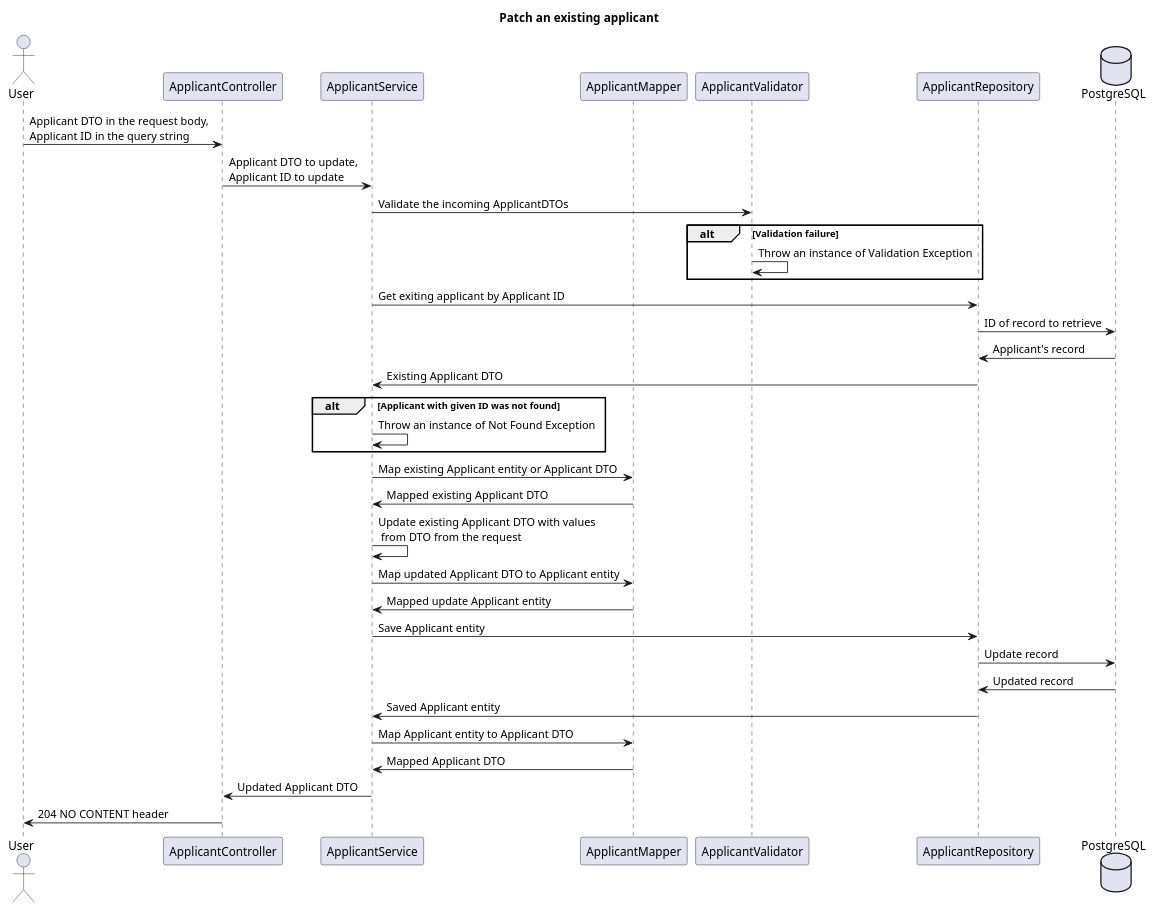
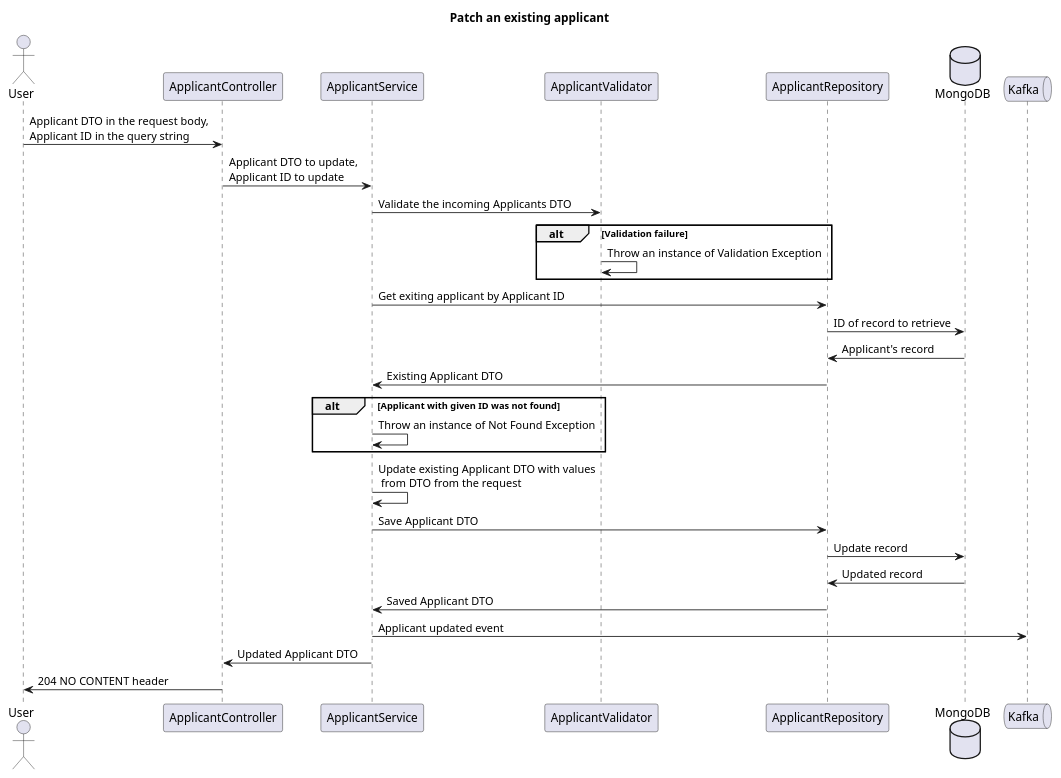
One commit to Aleksandr-Barmin/misc-diagrams changed the diagram in Customer Service/As to be/New REST endpoints/06. applicants patch existing.puml. Above: the diagram before and after it, drawn with PlantUML. The commit also changed 7 other files, not shown here.

```diff
--- a/Customer Service/As to be/New REST endpoints/06. applicants patch existing.puml
+++ b/Customer Service/As to be/New REST endpoints/06. applicants patch existing.puml
@@ -1,47 +1,40 @@
 @startuml Patch an existing applicant
     title Patch an existing applicant
 
     actor User as user
     participant ApplicantController as applicantController
     participant ApplicantService as applicantService
-    participant ApplicantMapper as applicantMapper
     participant ApplicantValidator as applicantValidator
     participant ApplicantRepository as applicantRepository
-    database PostgreSQL as db
+    database MongoDB as db
+    queue Kafka as kafka
 
     user -> applicantController: Applicant DTO in the request body,\nApplicant ID in the query string
         applicantController -> applicantService: Applicant DTO to update,\nApplicant ID to update
 
-            applicantService -> applicantValidator: Validate the incoming ApplicantDTOs
+            applicantService -> applicantValidator: Validate the incoming Applicants DTO
             alt Validation failure
                 applicantValidator -> applicantValidator: Throw an instance of Validation Exception
             end
 
             applicantService -> applicantRepository: Get exiting applicant by Applicant ID
                 applicantRepository -> db: ID of record to retrieve
                 db -> applicantRepository: Applicant's record            
             applicantRepository -> applicantService: Existing Applicant DTO
             
             alt Applicant with given ID was not found
                 applicantService -> applicantService: Throw an instance of Not Found Exception
             end 
 
-            applicantService -> applicantMapper: Map existing Applicant entity or Applicant DTO
-            applicantMapper -> applicantService: Mapped existing Applicant DTO
-
             applicantService -> applicantService: Update existing Applicant DTO with values\n from DTO from the request
 
-            applicantService -> applicantMapper: Map updated Applicant DTO to Applicant entity
-            applicantMapper -> applicantService: Mapped update Applicant entity
-
-            applicantService -> applicantRepository: Save Applicant entity
+            applicantService -> applicantRepository: Save Applicant DTO
                 applicantRepository -> db: Update record
                 db -> applicantRepository: Updated record
-            applicantRepository -> applicantService: Saved Applicant entity
+            applicantRepository -> applicantService: Saved Applicant DTO
 
-            applicantService -> applicantMapper: Map Applicant entity to Applicant DTO
-            applicantMapper -> applicantService: Mapped Applicant DTO
+            applicantService -> kafka: Applicant updated event
 
         applicantService -> applicantController: Updated Applicant DTO
     applicantController -> user: 204 NO CONTENT header
 @enduml
```
